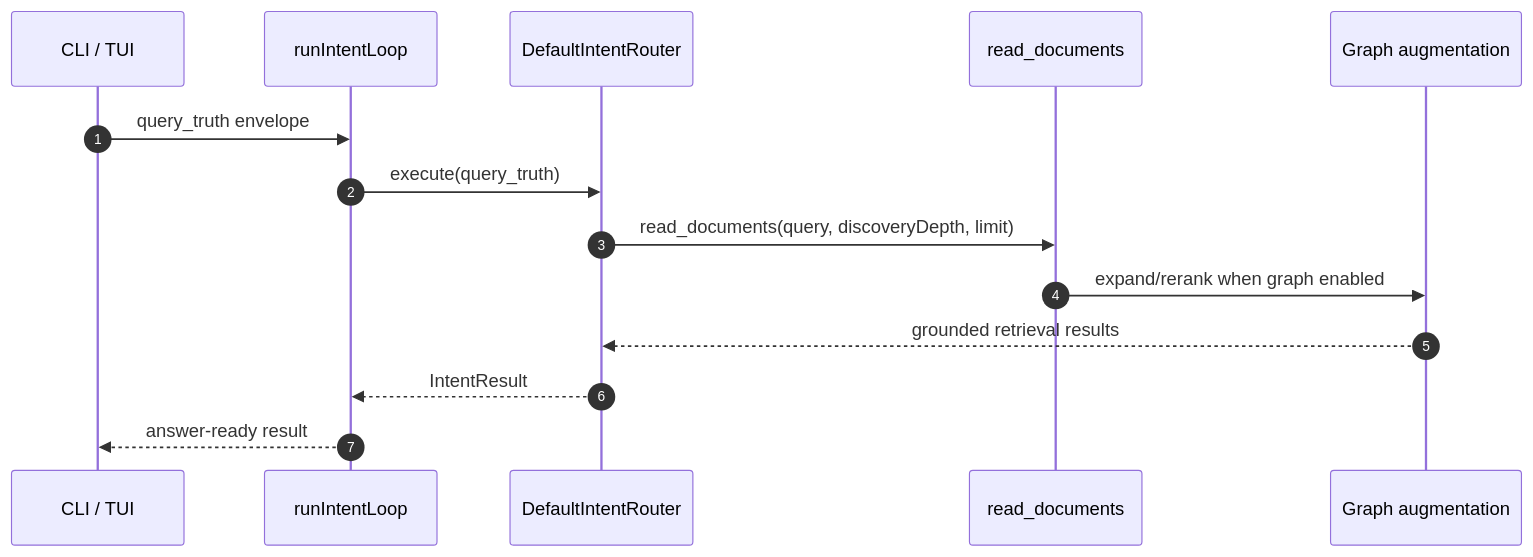
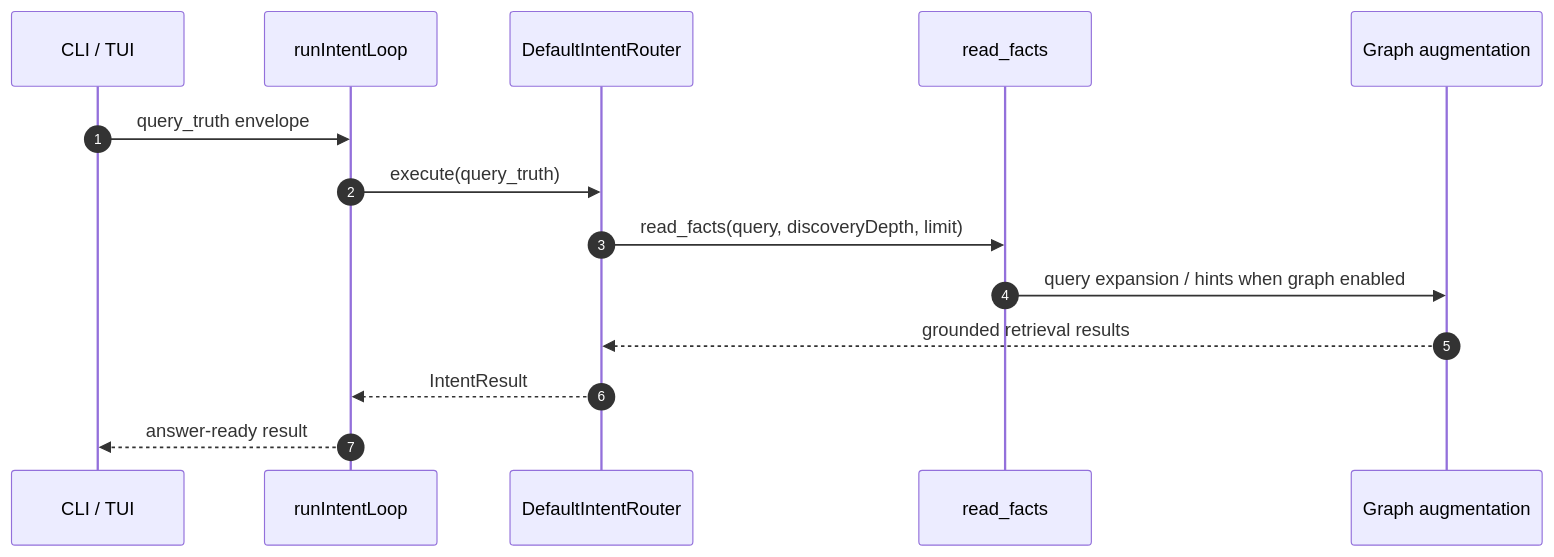
One commit to rosenjcb/kb changed the second of 2 diagrams in src/core/AGENT_LOOP.md. Above: the diagram before and after it, drawn with Mermaid. The commit also changed other lines of this file and 14 other files, not shown here.

````diff
--- a/src/core/AGENT_LOOP.md
+++ b/src/core/AGENT_LOOP.md
@@ -81,17 +80,17 @@
 ```mermaid
 sequenceDiagram
   autonumber
   participant U as CLI / TUI
   participant L as runIntentLoop
   participant R as DefaultIntentRouter
-  participant D as read_documents
+  participant D as read_facts
   participant G as Graph augmentation
 
   U->>L: query_truth envelope
   L->>R: execute(query_truth)
-  R->>D: read_documents(query, discoveryDepth, limit)
-  D->>G: expand/rerank when graph enabled
+  R->>D: read_facts(query, discoveryDepth, limit)
+  D->>G: query expansion / hints when graph enabled
   G-->>R: grounded retrieval results
   R-->>L: IntentResult
   L-->>U: answer-ready result
 ```
````
